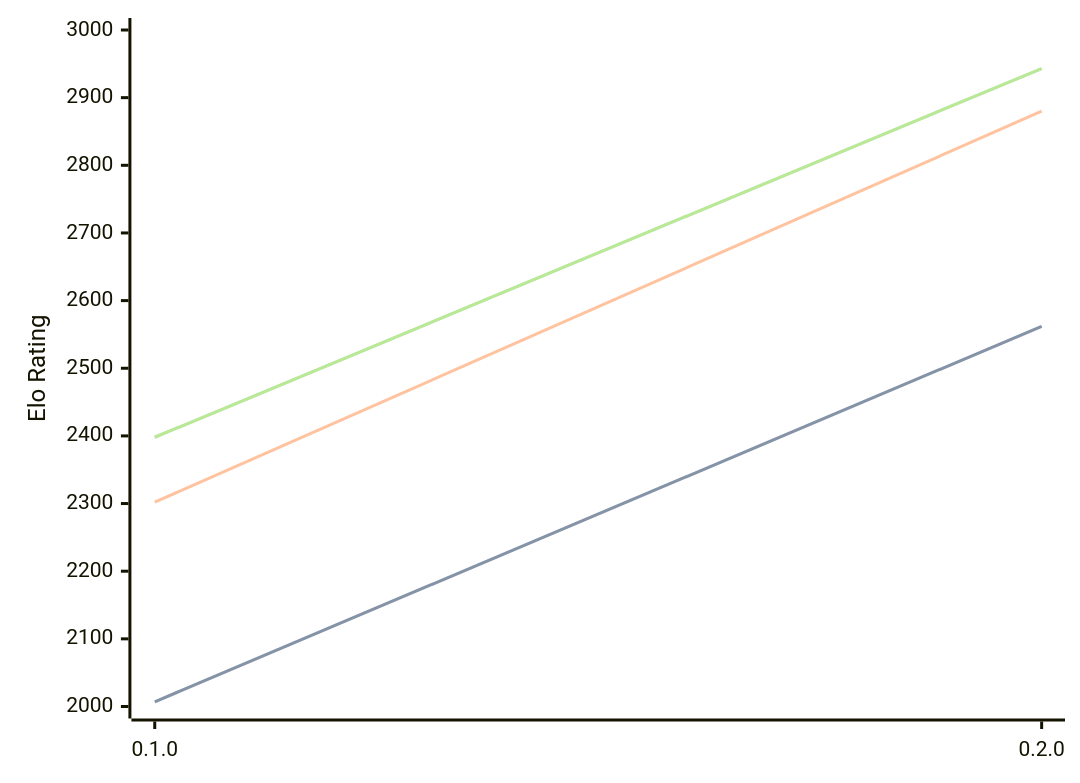
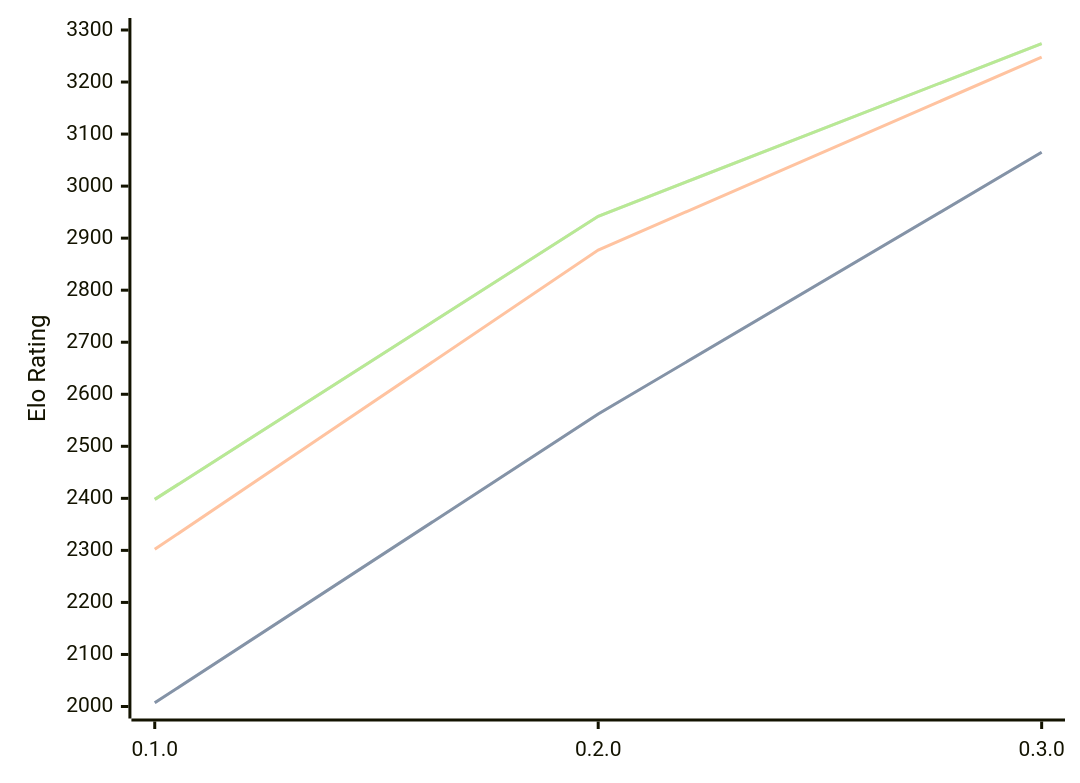
Before and after one commit to computer-chess-index/cci: the diagram in engines/Justbot.md, drawn with Mermaid. The commit also changed other lines of this file, not shown here.

Commit message:
Update CCI Ratings (ELO VLTC) - 2026-07-20

````diff
--- a/engines/Justbot.md
+++ b/engines/Justbot.md
@@ -32,11 +33,11 @@
 ```mermaid
 %%{init: {"theme":"base","themeVariables":{"seriesColors:['#a3a3a3','#222221','#faa371']}}}%%
 xychart-beta
-  x-axis ["0.1.0", "0.2.0"]
-  y-axis "Elo Rating" 2000 --> 3000
-  line "STC (8.0+0.08s)" [2007, 2562]
-  line "STC (8.0+0.08s)" [2007, 2562]
-  line "LTC (60.0+0.60s)" [2302, 2880]
-  line "VLTC (2m24s+1.12s)" [2398, 2943]
-  line "VLTC (2m24s+1.12s)" [2398, 2943]
+  x-axis ["0.1.0", "0.2.0", "0.3.0"]
+  y-axis "Elo Rating" 2000 --> 3300
+  line "STC (8.0+0.08s)" [2007, 2562, 3065]
+  line "STC (8.0+0.08s)" [2007, 2562, 3065]
+  line "LTC (60.0+0.60s)" [2302, 2877, 3248]
+  line "VLTC (2m24s+1.12s)" [2398, 2942, 3274]
+  line "VLTC (2m24s+1.12s)" [2398, 2942, 3274]
 ```
````
